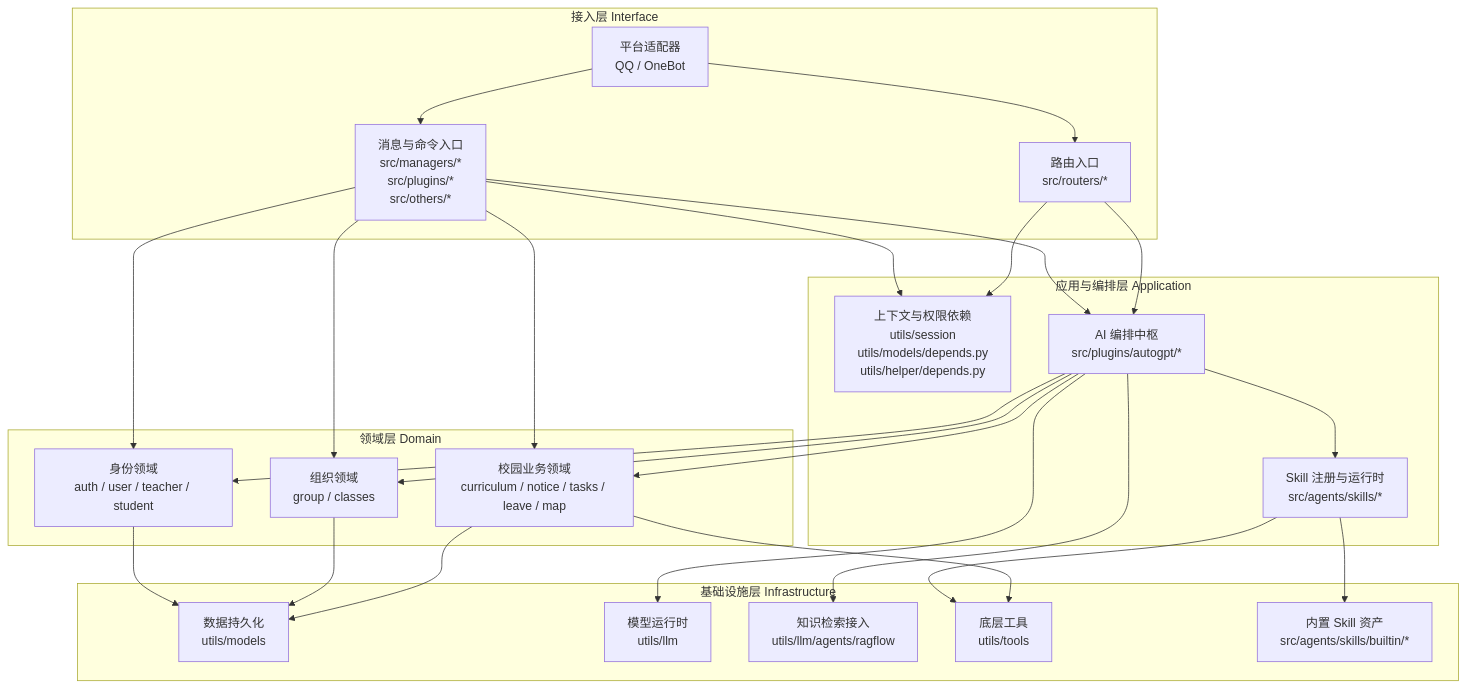
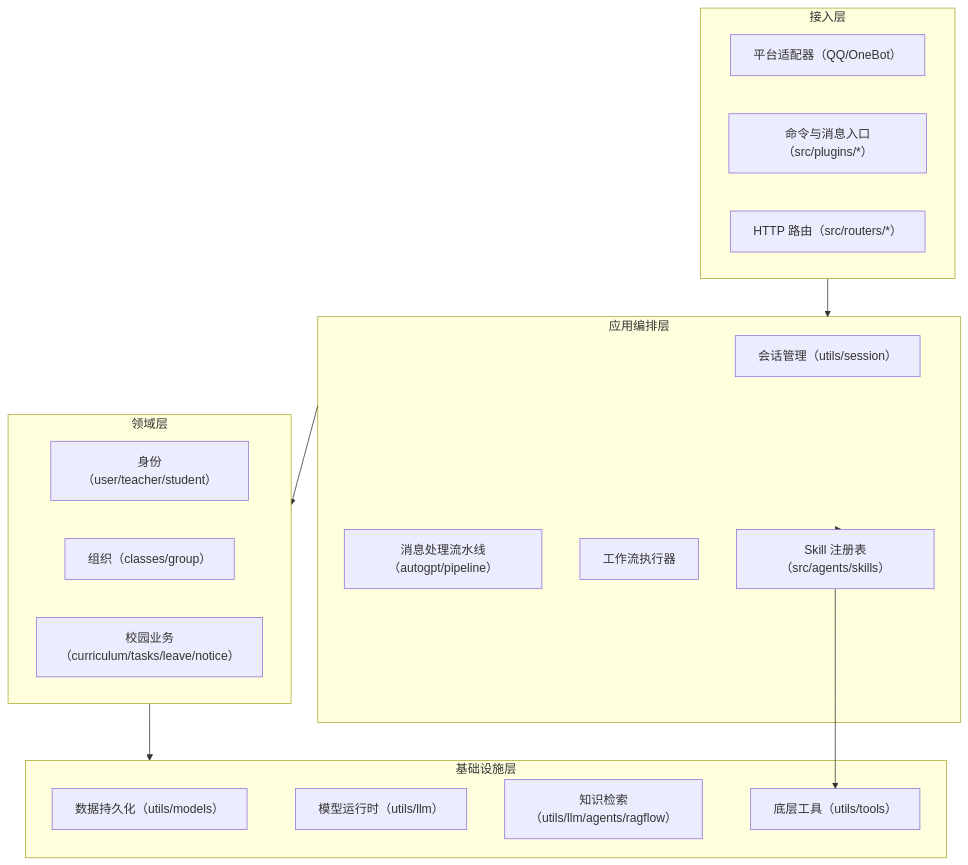
Before and after one commit to ClassRobot/ClassRobot: the second of 5 diagrams in docs/architecture/architecture-views.md, drawn with Mermaid. The commit also changed other lines of this file and 47 other files, not shown here.

First line of the commit message:
feat: implement file manager service with isolated user and group file spaces

````diff
--- a/docs/architecture/architecture-views.md
+++ b/docs/architecture/architecture-views.md
@@ -50,49 +37,34 @@
 ```mermaid
 flowchart TB
-    subgraph Interface["接入层 Interface"]
-        Adapters["平台适配器\nQQ / OneBot"]
-        Matchers["消息与命令入口\nsrc/managers/*\nsrc/plugins/*\nsrc/others/*"]
-        Routers["路由入口\nsrc/routers/*"]
-        Adapters --> Matchers
-        Adapters --> Routers
+    subgraph Interface["接入层"]
+        Adapters["平台适配器（QQ/OneBot）"]
+        Matchers["命令与消息入口（src/plugins/*）"]
+        Routers["HTTP 路由（src/routers/*）"]
     end
 
-    subgraph Application["应用与编排层 Application"]
-        Depends["上下文与权限依赖\nutils/session\nutils/models/depends.py\nutils/helper/depends.py"]
-        AutoGPT["AI 编排中枢\nsrc/plugins/autogpt/*"]
-        SkillRegistry["Skill 注册与运行时\nsrc/agents/skills/*"]
-        Matchers --> Depends
-        Matchers --> AutoGPT
-        Routers --> Depends
-        Routers --> AutoGPT
+    subgraph Orchestrator["应用编排层"]
+        Session["会话管理（utils/session）"]
+        Pipeline["消息处理流水线（autogpt/pipeline）"]
+        Workflow["工作流执行器"]
+        SkillReg["Skill 注册表（src/agents/skills）"]
     end
 
-    subgraph Domain["领域层 Domain"]
-        Identity["身份领域\nauth / user / teacher / student"]
-        Organization["组织领域\ngroup / classes"]
-        Campus["校园业务领域\ncurriculum / notice / tasks / leave / map"]
-        Matchers --> Identity
-        Matchers --> Organization
-        Matchers --> Campus
-        AutoGPT --> Identity
-        AutoGPT --> Organization
-        AutoGPT --> Campus
-        AutoGPT --> SkillRegistry
+    subgraph Domain["领域层"]
+        Identity["身份（user/teacher/student）"]
+        Org["组织（classes/group）"]
+        Campus["校园业务（curriculum/tasks/leave/notice）"]
     end
 
-    subgraph Infrastructure["基础设施层 Infrastructure"]
-        ORM["数据持久化\nutils/models"]
-        LLMRuntime["模型运行时\nutils/llm"]
-        RagClient["知识检索接入\nutils/llm/agents/ragflow"]
-        ToolStack["底层工具\nutils/tools"]
-        SkillAssets["内置 Skill 资产\nsrc/agents/skills/builtin/*"]
-        Identity --> ORM
-        Organization --> ORM
-        Campus --> ORM
-        AutoGPT --> LLMRuntime
-        AutoGPT --> RagClient
-        SkillRegistry --> ToolStack
-        SkillRegistry --> SkillAssets
-        Campus --> ToolStack
+    subgraph Infra["基础设施层"]
+        ORM["数据持久化（utils/models）"]
+        LLMRuntime["模型运行时（utils/llm）"]
+        RagClient["知识检索（utils/llm/agents/ragflow）"]
+        Tools["底层工具（utils/tools）"]
     end
+
+    Interface --> Orchestrator
+    Orchestrator --> Domain
+    Orchestrator --> SkillReg
+    Domain --> Infra
+    SkillReg --> Tools
 ```
````
